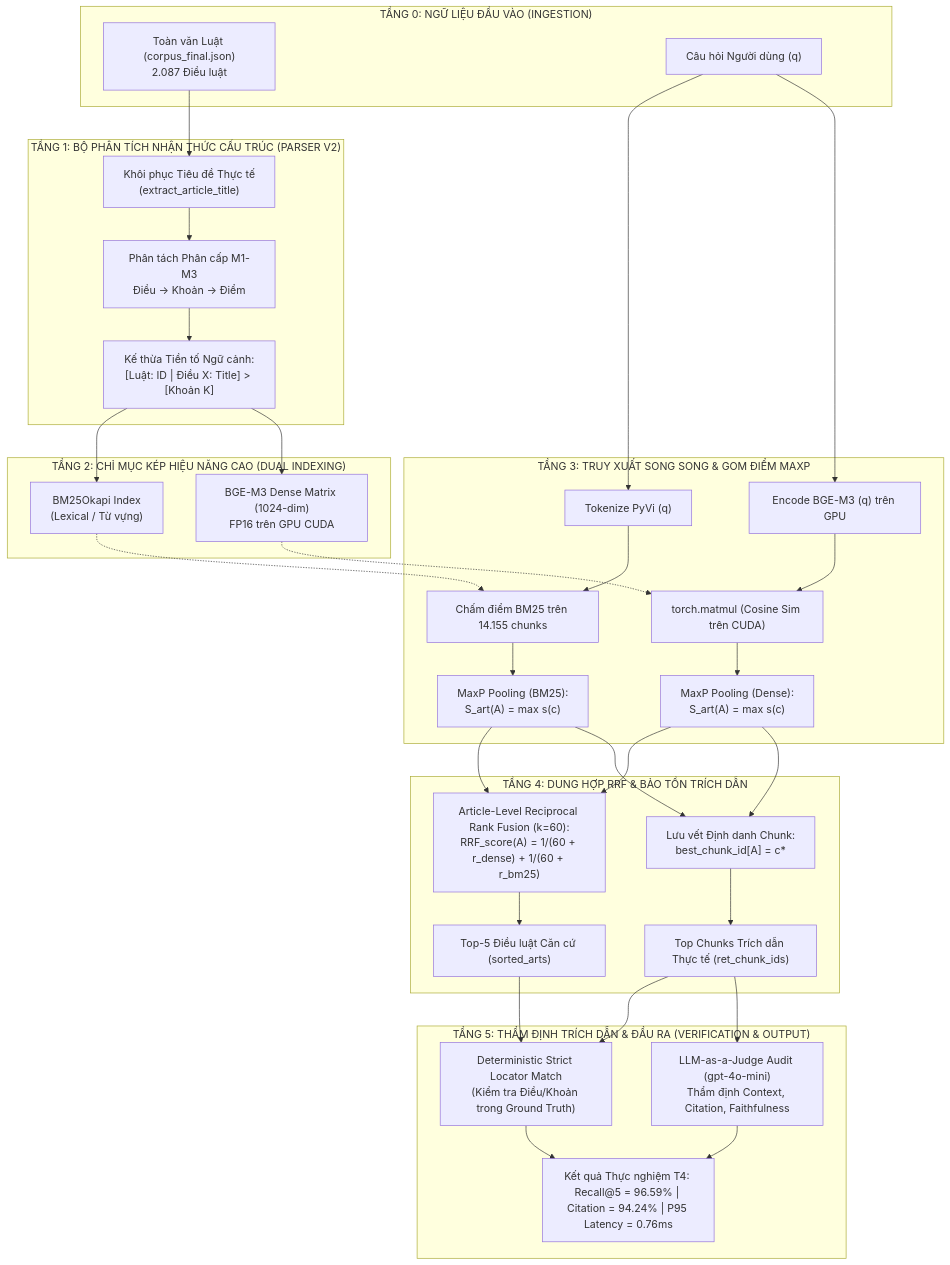
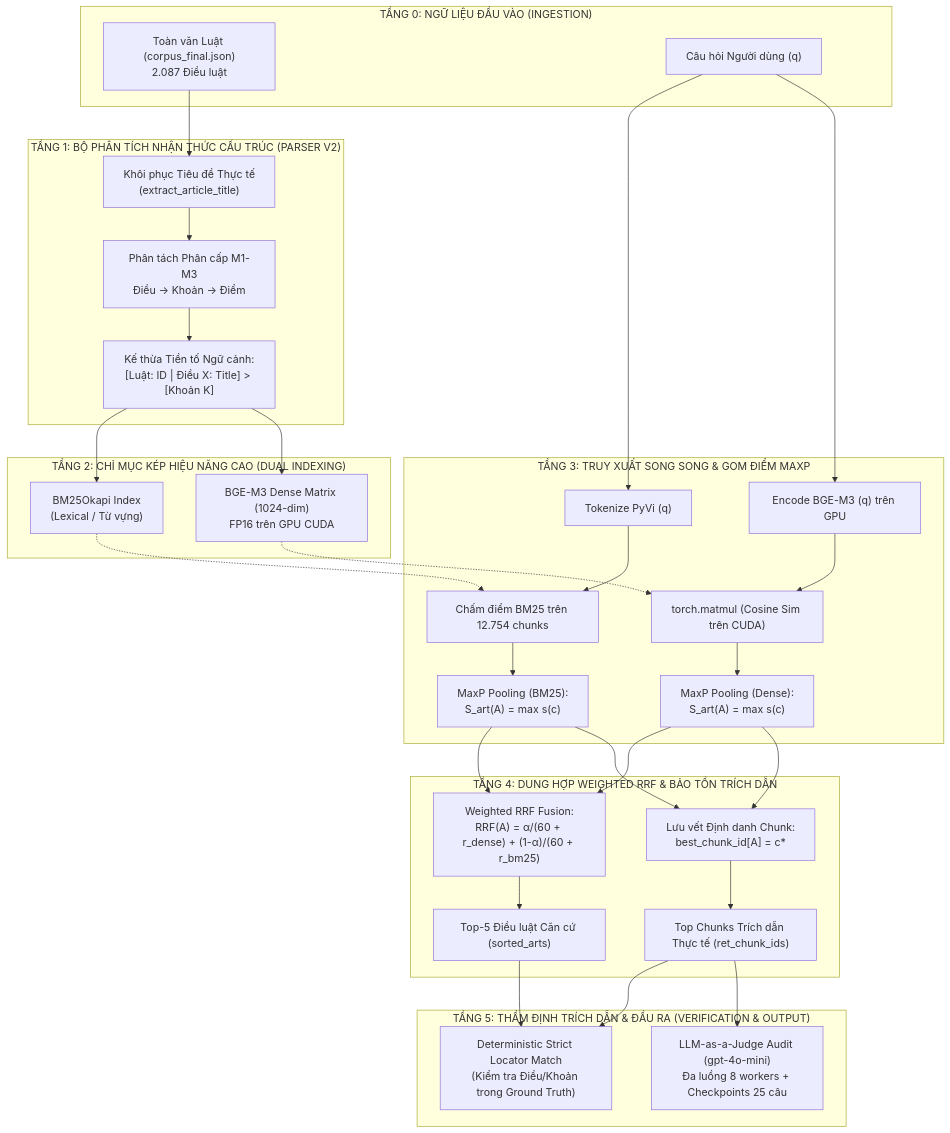
One commit to luuthanhlam04-cloud/hybrid-parser-nckh changed the diagram in docs/system_architecture.md. Above: the diagram before and after it, drawn with Mermaid. The commit also changed other lines of this file and 21 other files, not shown here.

Commit message:
feat(benchmark): integrate 512-query Kaggle GPU results, Weighted RRF sweep, and draft academic sections 2.2, 2.3, 2.5, 3.3

````diff
--- a/docs/system_architecture.md
+++ b/docs/system_architecture.md
@@ -37,69 +37,65 @@
 ```mermaid
 flowchart TD
     subgraph S1 ["TẦNG 0: NGỮ LIỆU ĐẦU VÀO (INGESTION)"]
         RawCorpus["Toàn văn Luật (corpus_final.json)<br/>2.087 Điều luật"]
         QueryIn["Câu hỏi Người dùng (q)"]
     end
 
     subgraph S2 ["TẦNG 1: BỘ PHÂN TÍCH NHẬN THỨC CẤU TRÚC (PARSER V2)"]
         TitleRec["Khôi phục Tiêu đề Thực tế<br/>(extract_article_title)"]
         HierChunk["Phân tách Phân cấp M1-M3<br/>Điều -> Khoản -> Điểm"]
         PrefixInj["Kế thừa Tiền tố Ngữ cảnh:<br/>[Luật: ID | Điều X: Title] > [Khoản K]"]
         
         RawCorpus --> TitleRec --> HierChunk --> PrefixInj
     end
 
     subgraph S3 ["TẦNG 2: CHỈ MỤC KÉP HIỆU NĂNG CAO (DUAL INDEXING)"]
         BM25Idx["BM25Okapi Index<br/>(Lexical / Từ vựng)"]
         DenseIdx["BGE-M3 Dense Matrix (1024-dim)<br/>FP16 trên GPU CUDA"]
         
         PrefixInj --> BM25Idx
         PrefixInj --> DenseIdx
     end
 
     subgraph S4 ["TẦNG 3: TRUY XUẤT SONG SONG & GOM ĐIỂM MAXP"]
         Q_Tok["Tokenize PyVi (q)"]
         Q_Dense["Encode BGE-M3 (q) trên GPU"]
         
-        QueryIn --> Q_Tok --> BM25_Score["Chấm điểm BM25 trên 14.155 chunks"]
+        QueryIn --> Q_Tok --> BM25_Score["Chấm điểm BM25 trên 12.754 chunks"]
         QueryIn --> Q_Dense --> CUDA_Matmul["torch.matmul (Cosine Sim trên CUDA)"]
         
         BM25Idx -.-> BM25_Score
         DenseIdx -.-> CUDA_Matmul
         
         MaxP_BM25["MaxP Pooling (BM25):<br/>S_art(A) = max s(c)"]
         MaxP_Dense["MaxP Pooling (Dense):<br/>S_art(A) = max s(c)"]
         
         BM25_Score --> MaxP_BM25
         CUDA_Matmul --> MaxP_Dense
     end
 
-    subgraph S5 ["TẦNG 4: DUNG HỢP RRF & BẢO TỒN TRÍCH DẪN"]
-        RRF["Article-Level Reciprocal Rank Fusion (k=60):<br/>RRF_score(A) = 1/(60 + r_dense) + 1/(60 + r_bm25)"]
+    subgraph S5 ["TẦNG 4: DUNG HỢP WEIGHTED RRF & BẢO TỒN TRÍCH DẪN"]
+        RRF["Weighted RRF Fusion:<br/>RRF(A) = α/(60 + r_dense) + (1-α)/(60 + r_bm25)"]
         BestChunkMap["Lưu vết Định danh Chunk:<br/>best_chunk_id[A] = c*"]
         
         MaxP_BM25 --> RRF
         MaxP_Dense --> RRF
         MaxP_Dense --> BestChunkMap
         MaxP_BM25 --> BestChunkMap
         
         TopK["Top-5 Điều luật Căn cứ (sorted_arts)"]
         TopChunks["Top Chunks Trích dẫn Thực tế (ret_chunk_ids)"]
         
         RRF --> TopK
         BestChunkMap --> TopChunks
     end
 
     subgraph S6 ["TẦNG 5: THẨM ĐỊNH TRÍCH DẪN & ĐẦU RA (VERIFICATION & OUTPUT)"]
         DetVerify["Deterministic Strict Locator Match<br/>(Kiểm tra Điều/Khoản trong Ground Truth)"]
-        LLMJudge["LLM-as-a-Judge Audit (gpt-4o-mini)<br/>Thẩm định Context, Citation, Faithfulness"]
+        LLMJudge["LLM-as-a-Judge Audit (gpt-4o-mini)<br/>Đa luồng 8 workers + Checkpoints 25 câu"]
         
         TopK --> DetVerify
         TopChunks --> DetVerify
         TopChunks --> LLMJudge
-        
-        FinalOut["Kết quả Thực nghiệm T4: Recall@5 = 96.59% | Citation = 94.24% | P95 Latency = 0.76ms"]
-        DetVerify --> FinalOut
-        LLMJudge --> FinalOut
     end
 ```
````
